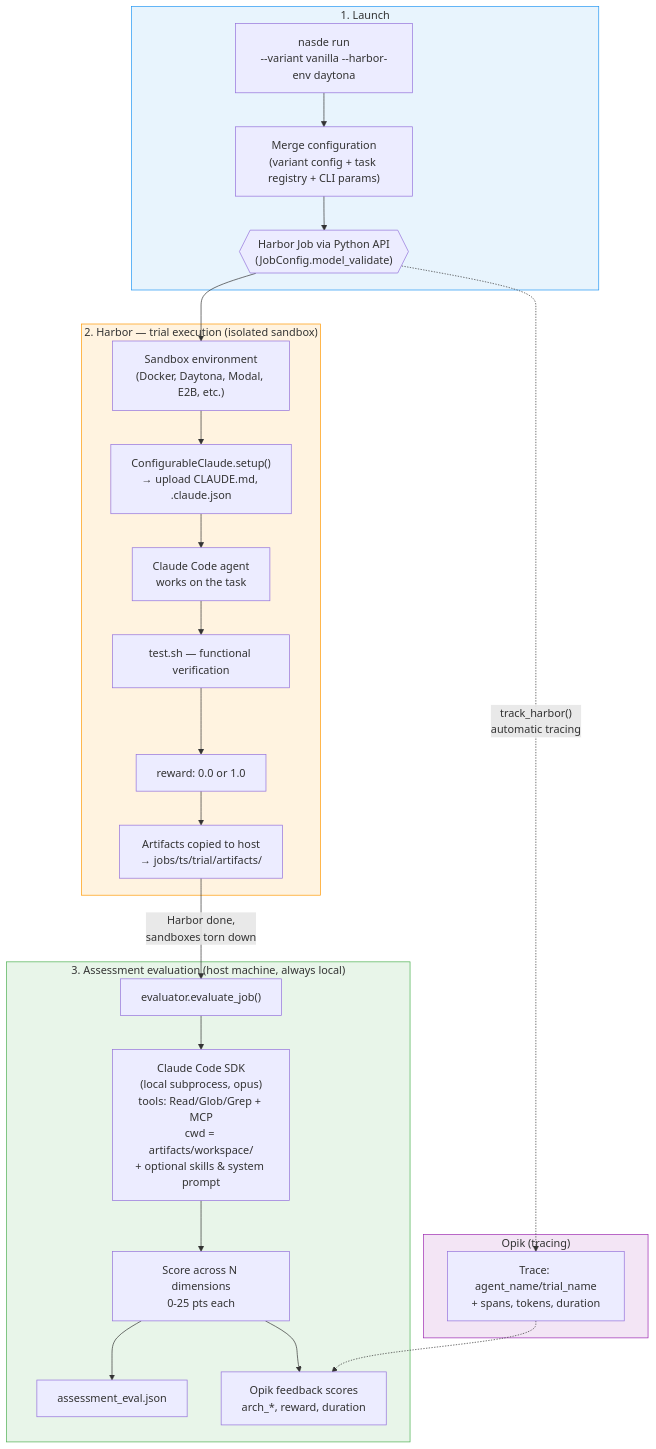
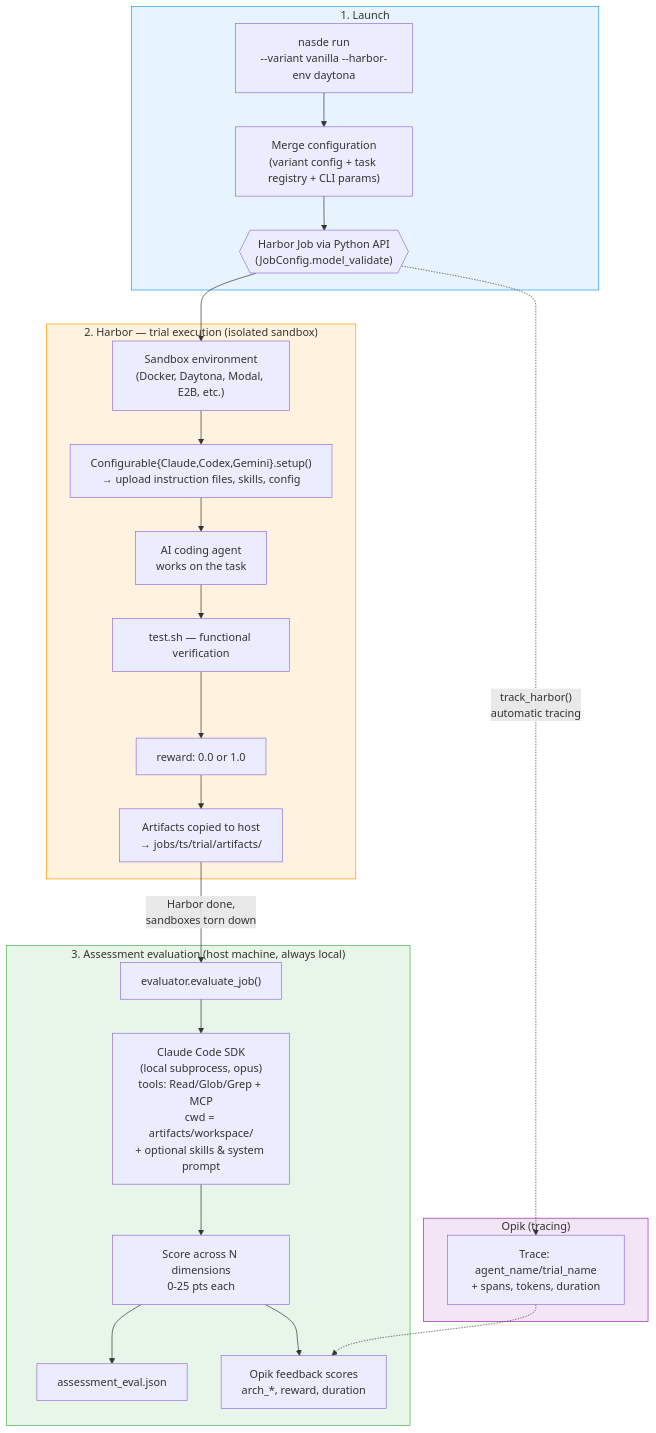
The first of 7 diagrams in ARCHITECTURE.md (NoesisVision/nasde-toolkit), drawn with Mermaid before and after one commit. The commit also changed other lines of this file and 24 other files, not shown here.

First line of the commit message:
feat: add Gemini CLI agent support with OAuth and skills injection

````diff
--- a/ARCHITECTURE.md
+++ b/ARCHITECTURE.md
@@ -13,36 +13,36 @@
 ```mermaid
 flowchart TB
     subgraph LAUNCH ["1. Launch"]
         CLI["nasde run\n--variant vanilla --harbor-env daytona"]
         CLI --> MERGE["Merge configuration\n(variant config + task registry + CLI params)"]
         MERGE --> JOB{{"Harbor Job via Python API\n(JobConfig.model_validate)"}}
     end
 
     subgraph HARBOR ["2. Harbor — trial execution (isolated sandbox)"]
         JOB --> SANDBOX["Sandbox environment\n(Docker, Daytona, Modal, E2B, etc.)"]
-        SANDBOX --> SETUP["ConfigurableClaude.setup()\n→ upload CLAUDE.md, .claude.json"]
-        SETUP --> AGENT["Claude Code agent\nworks on the task"]
+        SANDBOX --> SETUP["Configurable{Claude,Codex,Gemini}.setup()\n→ upload instruction files, skills, config"]
+        SETUP --> AGENT["AI coding agent\nworks on the task"]
         AGENT --> TEST["test.sh — functional verification"]
         TEST --> REWARD["reward: 0.0 or 1.0"]
         REWARD --> ARTIFACTS["Artifacts copied to host\n→ jobs/ts/trial/artifacts/"]
     end
 
     subgraph OPIK_TRACE ["  Opik (tracing)"]
         JOB -.->|"track_harbor()\nautomatic tracing"| TRACE["Trace: agent_name/trial_name\n+ spans, tokens, duration"]
     end
 
     subgraph ASSESSMENT ["3. Assessment evaluation (host machine, always local)"]
         ARTIFACTS -->|"Harbor done,\nsandboxes torn down"| EVAL["evaluator.evaluate_job()"]
         EVAL --> SDK["Claude Code SDK\n(local subprocess, opus)\ntools: Read/Glob/Grep + MCP\ncwd = artifacts/workspace/\n+ optional skills & system prompt"]
         SDK --> SCORE["Score across N dimensions\n0-25 pts each"]
         SCORE --> JSON_OUT["assessment_eval.json"]
         SCORE --> OPIK_FB["Opik feedback scores\narch_*, reward, duration"]
     end
 
     TRACE -.-> OPIK_FB
 
     style LAUNCH fill:#e8f4fd,stroke:#2196F3
     style HARBOR fill:#fff3e0,stroke:#FF9800
     style OPIK_TRACE fill:#f3e5f5,stroke:#9C27B0
     style ASSESSMENT fill:#e8f5e9,stroke:#4CAF50
 ```
````
